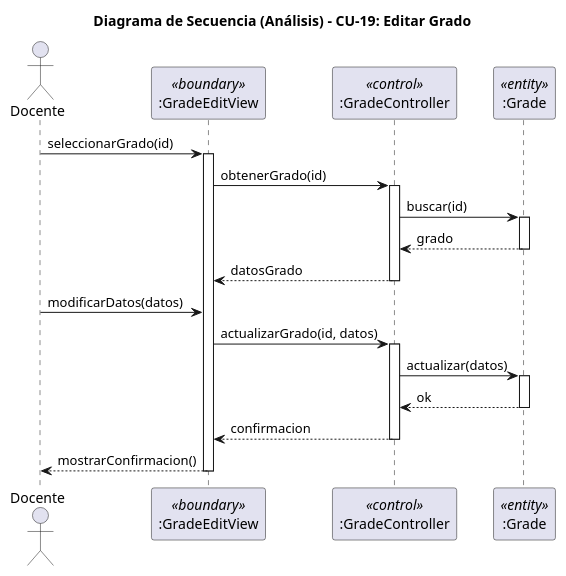
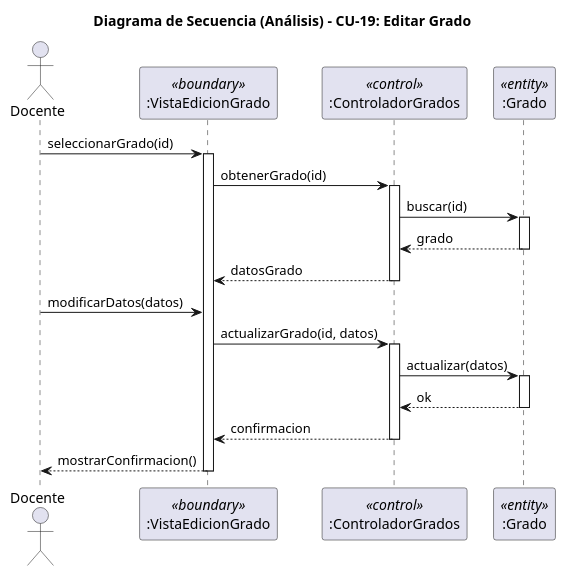
One commit to liamanderson873/25-26-idsw2-sdVC changed the diagram in RUP/01-analisis/casos-uso/CU-19-editarGrado/analisis-secuencia-CU-19-editarGrado.puml. Above: the diagram before and after it, drawn with PlantUML. The commit also changed 85 other files, not shown here.

```diff
--- a/RUP/01-analisis/casos-uso/CU-19-editarGrado/analisis-secuencia-CU-19-editarGrado.puml
+++ b/RUP/01-analisis/casos-uso/CU-19-editarGrado/analisis-secuencia-CU-19-editarGrado.puml
@@ -1,39 +1,39 @@
 @startuml cu19-editarGrado-analisis-secuencia
 title Diagrama de Secuencia (Análisis) - CU-19: Editar Grado
 
 actor "Docente" as Actor
-participant ":GradeEditView" as Boundary <<boundary>>
-participant ":GradeController" as Control <<control>>
-participant ":Grade" as Entity <<entity>>
+participant ":VistaEdicionGrado" as Boundary <<boundary>>
+participant ":ControladorGrados" as Control <<control>>
+participant ":Grado" as Entity <<entity>>
 
 Actor -> Boundary : seleccionarGrado(id)
 activate Boundary
 
 Boundary -> Control : obtenerGrado(id)
 activate Control
 
 Control -> Entity : buscar(id)
 activate Entity
 Entity --> Control : grado
 deactivate Entity
 
 Control --> Boundary : datosGrado
 deactivate Control
 
 Actor -> Boundary : modificarDatos(datos)
 
 Boundary -> Control : actualizarGrado(id, datos)
 activate Control
 
 Control -> Entity : actualizar(datos)
 activate Entity
 Entity --> Control : ok
 deactivate Entity
 
 Control --> Boundary : confirmacion
 deactivate Control
 
 Boundary --> Actor : mostrarConfirmacion()
 deactivate Boundary
 
 @enduml
```
